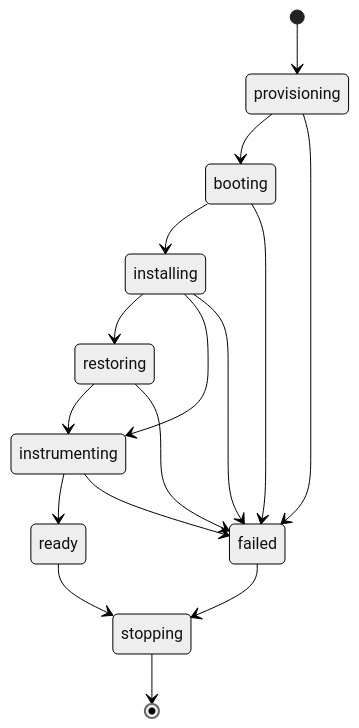
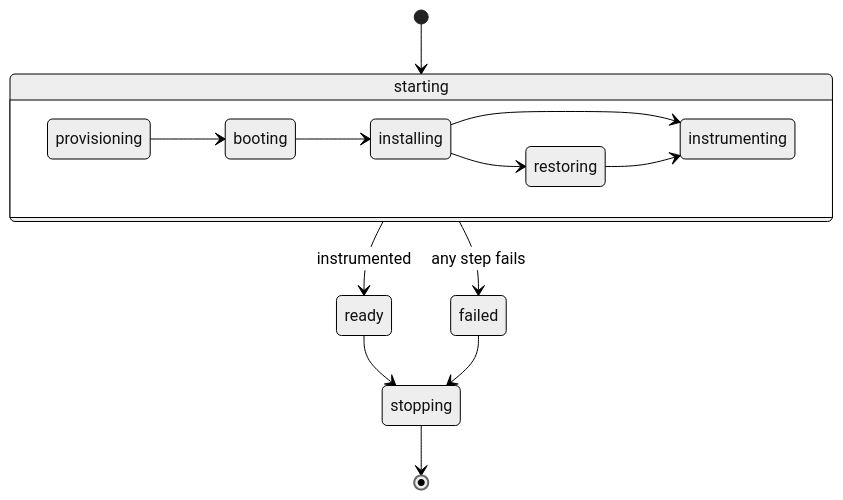
One commit to holtdroid/holtdroid changed the diagram in docs/src/content/docs/concepts/sessions.md. Above: the diagram before and after it, drawn with Mermaid (neutral theme). The commit also changed 23 other files, not shown here.

Commit message:
docs: guides for DNS, routes, images and SVG, themed diagrams, tables, blurred header and steady players

````diff
--- a/docs/src/content/docs/concepts/sessions.md
+++ b/docs/src/content/docs/concepts/sessions.md
@@ -15,18 +15,17 @@
 ```mermaid
 stateDiagram-v2
-  [*] --> provisioning
-  provisioning --> booting
-  booting --> installing
-  installing --> restoring
-  installing --> instrumenting
-  restoring --> instrumenting
-  instrumenting --> ready
+  [*] --> starting
+  state starting {
+    direction LR
+    provisioning --> booting
+    booting --> installing
+    installing --> restoring
+    installing --> instrumenting
+    restoring --> instrumenting
+  }
+  starting --> ready: instrumented
+  starting --> failed: any step fails
   ready --> stopping
-  provisioning --> failed
-  booting --> failed
-  installing --> failed
-  restoring --> failed
-  instrumenting --> failed
   failed --> stopping
   stopping --> [*]
 ```
````
